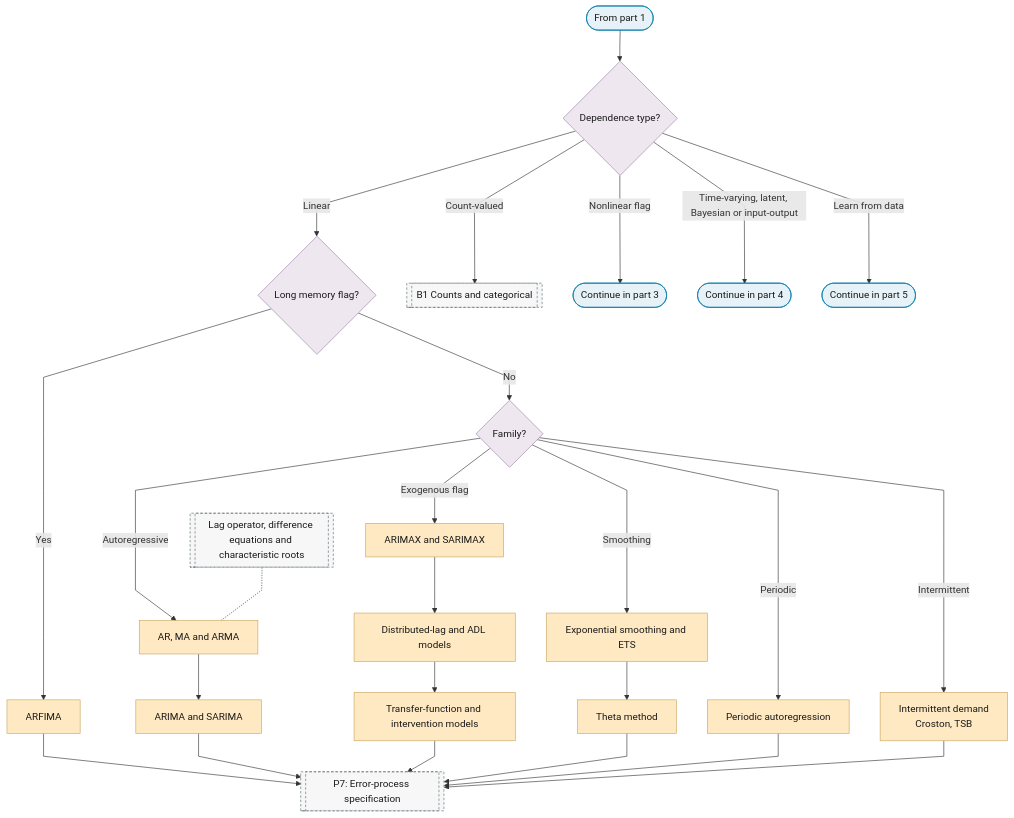
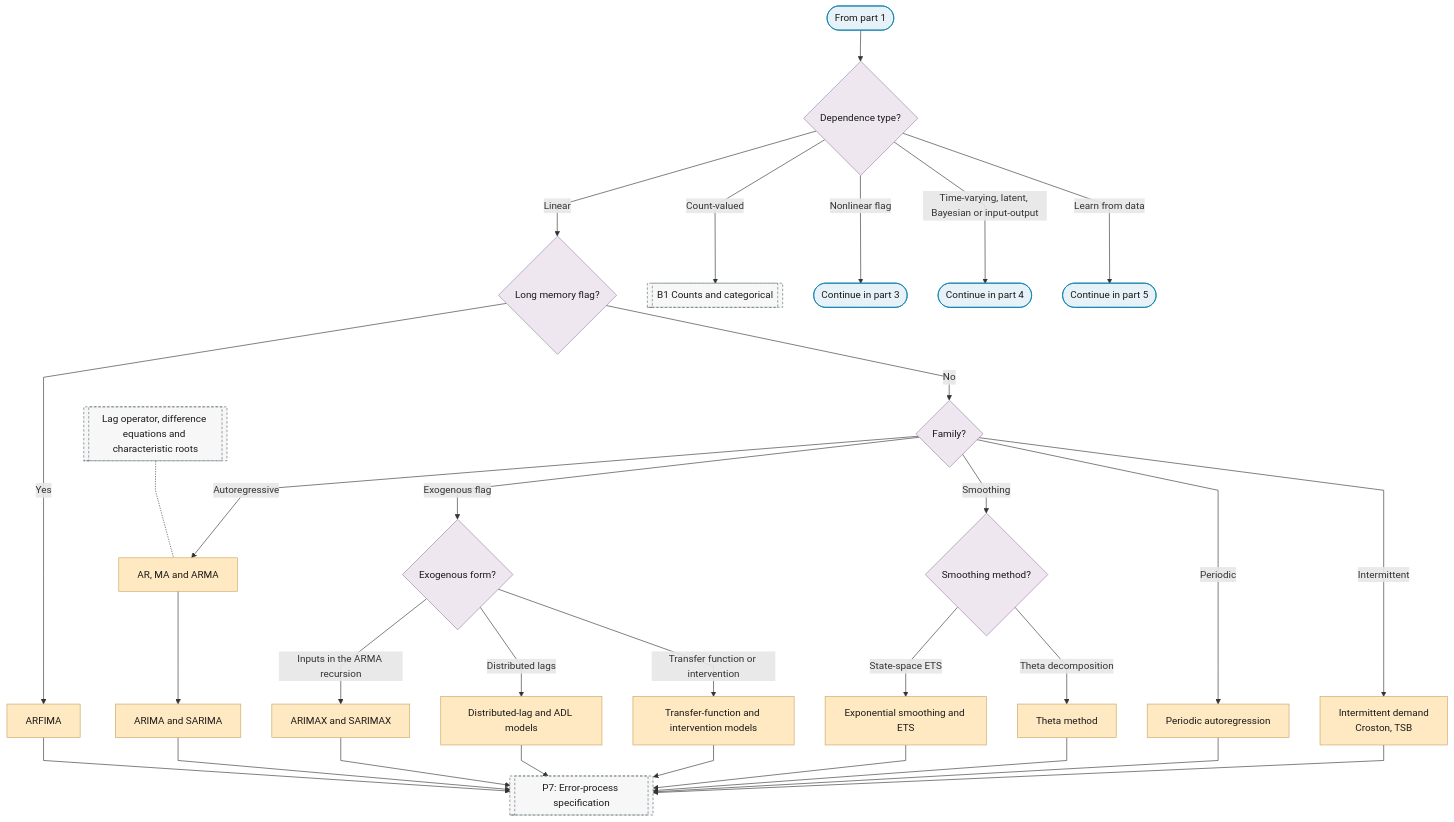
One commit to Shuxin-Y/time-series-analysis-manual changed the second of 6 diagrams in docs/01-workflow/p06-mean-model-class.md. Above: the diagram before and after it, drawn with Mermaid. The commit also changed other lines of this file and 8 other files, not shown here.

First line of the commit message:
fix(flowchart): alternatives are fan-outs, dependencies are chains

````diff
--- a/docs/01-workflow/p06-mean-model-class.md
+++ b/docs/01-workflow/p06-mean-model-class.md
@@ -52,36 +52,39 @@
 ```mermaid
 %%{init: {"flowchart": {"curve": "linear"}}}%%
 graph TD
     P6_PART_2_IN(["From part 1"]) --> P6_DEPENDENCE{"Dependence type?"}
     P6_DEPENDENCE -->|"Linear"| P6_LINEAR{"Long memory flag?"}
     P6_DEPENDENCE -->|"Count-valued"| B1[["B1 Counts and categorical"]]
     P6_DEPENDENCE -->|"Nonlinear flag"| P6_TO_PART_3(["Continue in part 3"])
     P6_DEPENDENCE -->|"Time-varying, latent, Bayesian or input-output"| P6_TO_PART_4(["Continue in part 4"])
     P6_DEPENDENCE -->|"Learn from data"| P6_TO_PART_5(["Continue in part 5"])
     P6_LINEAR -->|"Yes"| P6_ARFIMA["ARFIMA"]
     P6_LINEAR -->|"No"| P6_LINEAR_FAMILY{"Family?"}
     P6_LINEAR_FAMILY -->|"Autoregressive"| P6_AR_MA_ARMA["AR, MA and ARMA"]
-    P6_LINEAR_FAMILY -->|"Exogenous flag"| P6_ARIMAX["ARIMAX and SARIMAX"]
-    P6_LINEAR_FAMILY -->|"Smoothing"| P6_ETS["Exponential smoothing and ETS"]
+    P6_LINEAR_FAMILY -->|"Exogenous flag"| P6_EXOG_FORM{"Exogenous form?"}
+    P6_LINEAR_FAMILY -->|"Smoothing"| P6_SMOOTHING{"Smoothing method?"}
+    P6_EXOG_FORM -->|"Inputs in the ARMA recursion"| P6_ARIMAX["ARIMAX and SARIMAX"]
+    P6_EXOG_FORM -->|"Distributed lags"| P6_DYNAMIC_REGRESSION["Distributed-lag and ADL models"]
+    P6_EXOG_FORM -->|"Transfer function or intervention"| P6_TRANSFER_FUNCTION["Transfer-function and intervention models"]
+    P6_SMOOTHING -->|"State-space ETS"| P6_ETS["Exponential smoothing and ETS"]
+    P6_SMOOTHING -->|"Theta decomposition"| P6_THETA["Theta method"]
     P6_LINEAR_FAMILY -->|"Periodic"| P6_PERIODIC_AR["Periodic autoregression"]
     P6_LINEAR_FAMILY -->|"Intermittent"| P6_INTERMITTENT["Intermittent demand<br/>Croston, TSB"]
     P6_AR_MA_ARMA --> P6_ARIMA_SARIMA["ARIMA and SARIMA"]
-    P6_ARIMAX --> P6_DYNAMIC_REGRESSION["Distributed-lag and ADL models"]
-    P6_DYNAMIC_REGRESSION --> P6_TRANSFER_FUNCTION["Transfer-function and intervention models"]
-    P6_ETS --> P6_THETA["Theta method"]
-    P6_ARFIMA & P6_ARIMA_SARIMA & P6_TRANSFER_FUNCTION --> P7
-    P6_THETA & P6_PERIODIC_AR & P6_INTERMITTENT --> P7[["P7: Error-process specification"]]
+    P6_ARFIMA & P6_ARIMA_SARIMA & P6_ARIMAX & P6_DYNAMIC_REGRESSION & P6_TRANSFER_FUNCTION --> P7
+    P6_ETS & P6_THETA & P6_PERIODIC_AR & P6_INTERMITTENT --> P7[["P7: Error-process specification"]]
     F_LAG_OPERATOR[["Lag operator, difference equations and characteristic roots"]] -.- P6_AR_MA_ARMA
     class P6_PART_2_IN,P6_TO_PART_3,P6_TO_PART_4,P6_TO_PART_5 terminator
     class P6_DEPENDENCE,P6_LINEAR,P6_LINEAR_FAMILY decision
     class P6_ARFIMA,P6_AR_MA_ARMA,P6_ARIMAX,P6_ETS,P6_PERIODIC_AR,P6_INTERMITTENT,P6_ARIMA_SARIMA,P6_DYNAMIC_REGRESSION,P6_TRANSFER_FUNCTION,P6_THETA escalate
     class B1,P7,F_LAG_OPERATOR ref
+    class P6_EXOG_FORM,P6_SMOOTHING decision
     classDef terminator fill:#E6F2F7,stroke:#007BA7,color:#1A1A1A;
     classDef process fill:#FFFFFF,stroke:#5A6B73,color:#1A1A1A;
     classDef decision fill:#EFE7F0,stroke:#9B7FA7,color:#1A1A1A;
     classDef data fill:#FFF4E0,stroke:#C9A55E,color:#1A1A1A;
     classDef good fill:#DCEFD8,stroke:#4A7A3F,color:#1A1A1A;
     classDef escalate fill:#FFE9C2,stroke:#C9A55E,color:#1A1A1A;
     classDef problem fill:#F2D9DE,stroke:#800020,color:#1A1A1A;
     classDef ref fill:#F7F7F7,stroke:#5A6B73,color:#1A1A1A,stroke-dasharray:4 3;
 ```
````
